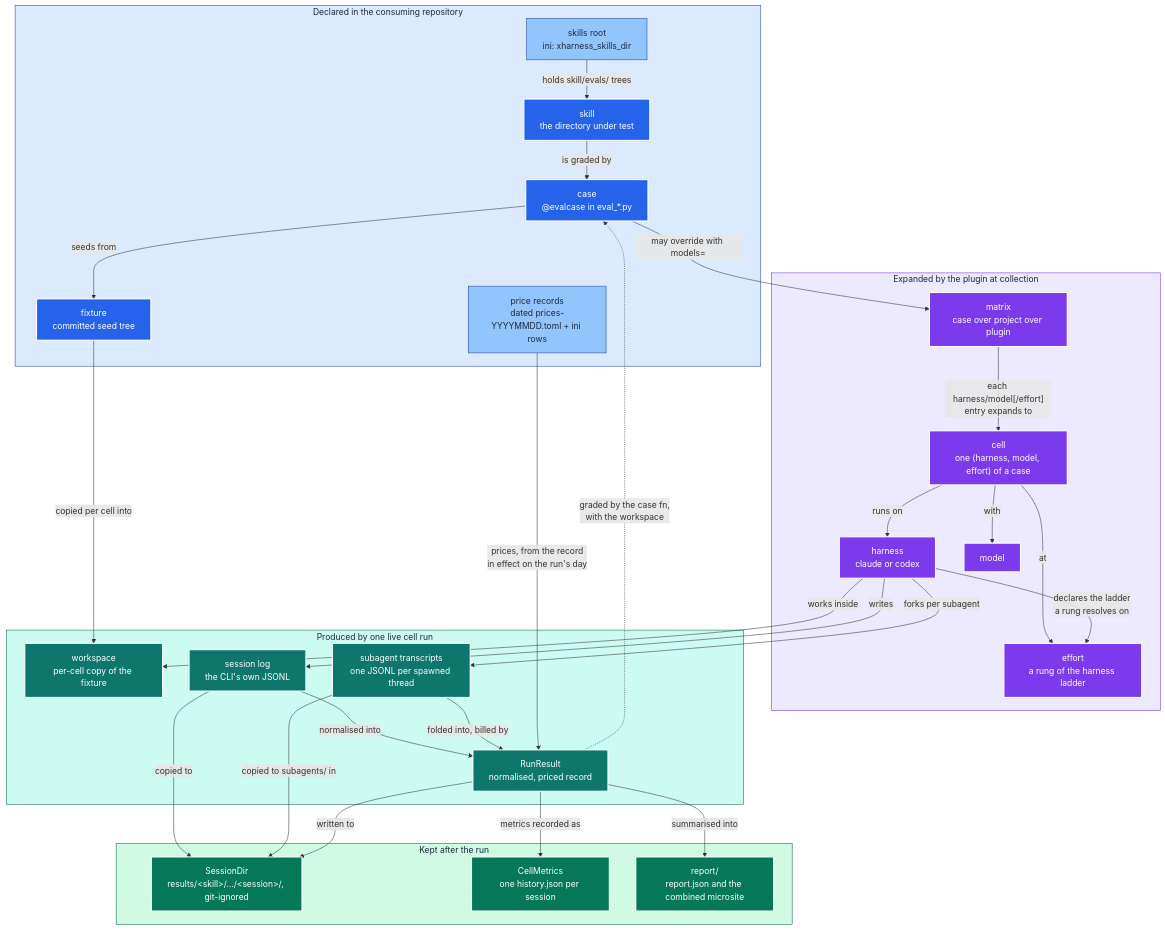
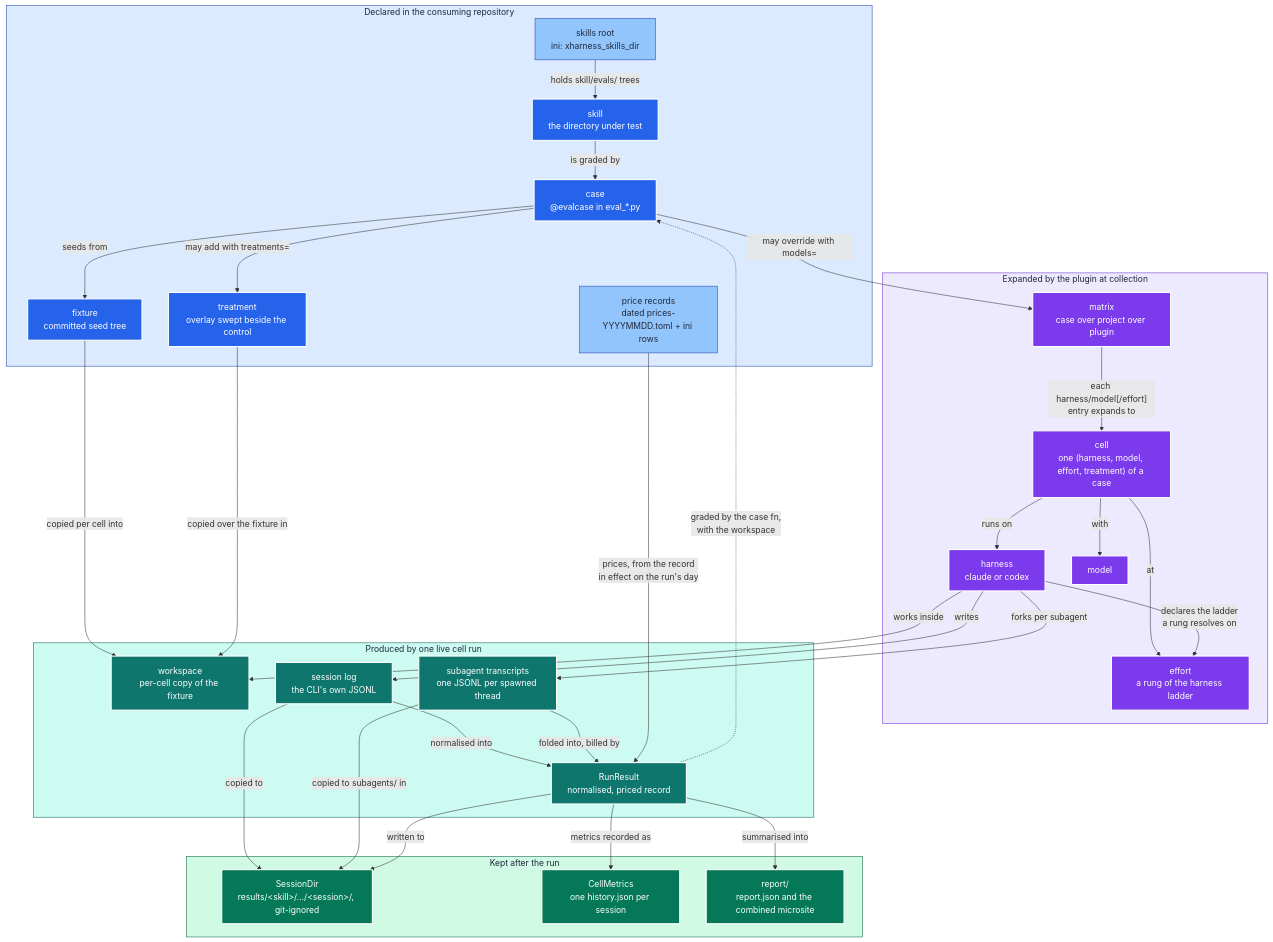
The diagram in GLOSSARY.md (neozenith/pytest-xharness-eval), drawn with Mermaid before and after one commit. The commit also changed other lines of this file and 41 other files, not shown here.

First line of the commit message:
Treatment is an opt-in fourth matrix axis layered over the fixture (ADR 0055)

````diff
--- a/GLOSSARY.md
+++ b/GLOSSARY.md
@@ -78,68 +80,71 @@
 ```mermaid
 flowchart TB
     subgraph declared["Declared in the consuming repository"]
         ROOT["skills root<br/>ini: xharness_skills_dir"]:::cfg
         SKILL["skill<br/>the directory under test"]:::declare
         CASE["case<br/>@evalcase in eval_*.py"]:::declare
         FIX["fixture<br/>committed seed tree"]:::declare
+        TREAT["treatment<br/>overlay swept beside the control"]:::declare
         PRICES["price records<br/>dated prices-YYYYMMDD.toml + ini rows"]:::cfg
     end
 
     subgraph expanded["Expanded by the plugin at collection"]
         MATRIX["matrix<br/>case over project over plugin"]:::plan
-        CELL["cell<br/>one (harness, model, effort) of a case"]:::plan
+        CELL["cell<br/>one (harness, model, effort, treatment) of a case"]:::plan
         HARNESS["harness<br/>claude or codex"]:::plan
         MODEL["model"]:::plan
         EFFORT["effort<br/>a rung of the harness ladder"]:::plan
     end
 
     subgraph produced["Produced by one live cell run"]
         WS["workspace<br/>per-cell copy of the fixture"]:::data
         LOG["session log<br/>the CLI's own JSONL"]:::data
         SUB["subagent transcripts<br/>one JSONL per spawned thread"]:::data
         RR["RunResult<br/>normalised, priced record"]:::data
     end
 
     subgraph kept["Kept after the run"]
         CAP["SessionDir<br/>results/&lt;skill&gt;/…/&lt;session&gt;/, git-ignored"]:::out
         HIST["CellMetrics<br/>one history.json per session"]:::out
         REP["report/<br/>report.json and the combined microsite"]:::out
     end
 
     ROOT -->|"holds skill/evals/ trees"| SKILL
     SKILL -->|"is graded by"| CASE
     CASE -->|"seeds from"| FIX
     CASE -->|"may override with models="| MATRIX
     MATRIX -->|"each harness/model[/effort]<br/>entry expands to"| CELL
     CELL -->|"runs on"| HARNESS
     CELL -->|"with"| MODEL
     CELL -->|"at"| EFFORT
     HARNESS -->|"declares the ladder<br/>a rung resolves on"| EFFORT
     FIX -->|"copied per cell into"| WS
+    CASE -->|"may add with treatments="| TREAT
+    TREAT -->|"copied over the fixture in"| WS
     HARNESS -->|"works inside"| WS
     HARNESS -->|"writes"| LOG
     HARNESS -->|"forks per subagent"| SUB
     LOG -->|"normalised into"| RR
     SUB -->|"folded into, billed by"| RR
     PRICES -->|"prices, from the record<br/>in effect on the run's day"| RR
     RR -.->|"graded by the case fn,<br/>with the workspace"| CASE
     LOG -->|"copied to"| CAP
     SUB -->|"copied to subagents/ in"| CAP
     RR -->|"written to"| CAP
     RR -->|"metrics recorded as"| HIST
     RR -->|"summarised into"| REP
 
     classDef declare fill:#2563eb,stroke:#fff,color:#fff,stroke-width:2px
     classDef cfg     fill:#93c5fd,stroke:#1e40af,color:#1e293b,stroke-width:1px
     classDef plan    fill:#7c3aed,stroke:#fff,color:#fff,stroke-width:2px
     classDef data    fill:#0f766e,stroke:#fff,color:#fff,stroke-width:2px
     classDef out     fill:#047857,stroke:#fff,color:#fff,stroke-width:2px
     classDef sgDeclare  fill:#dbeafe,stroke:#1e40af,color:#1e293b
     classDef sgExpand   fill:#ede9fe,stroke:#6d28d9,color:#1e293b
     classDef sgProduced fill:#ccfbf1,stroke:#115e59,color:#1e293b
     classDef sgKept     fill:#d1fae5,stroke:#065f46,color:#1e293b
     class declared sgDeclare
     class expanded sgExpand
     class produced sgProduced
     class kept sgKept
 ```
````
